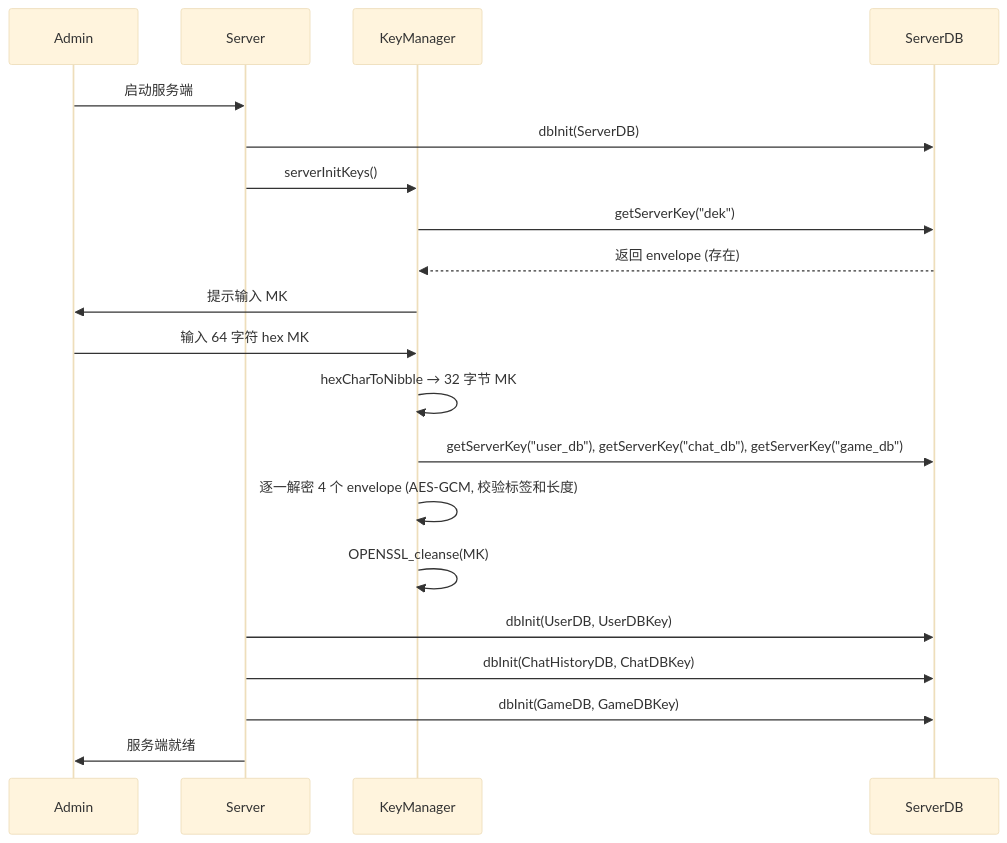
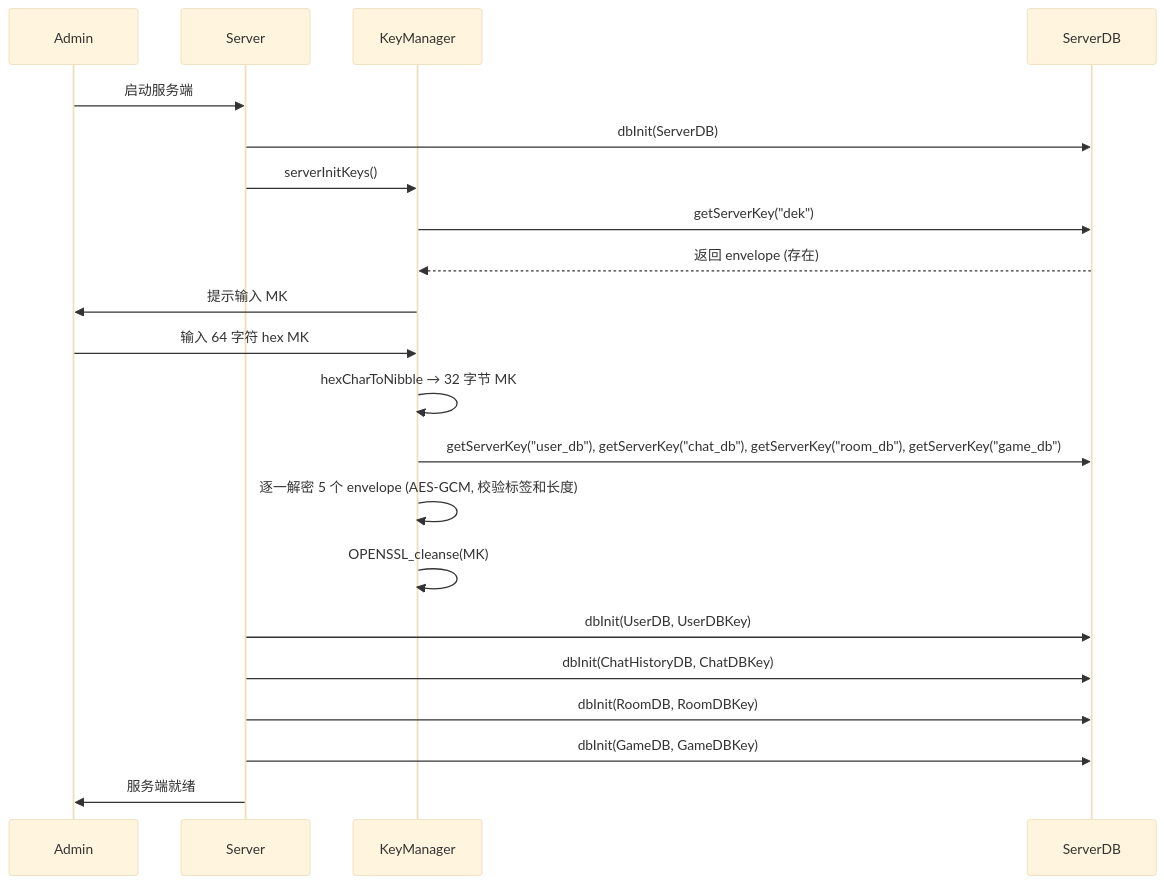
Diagram 23 of 26 in docs/API.md (WinstonMeursault/PacPlay), drawn with Mermaid (base theme) before and after one commit. The commit also changed other lines of this file and 29 other files, not shown here.

````diff
--- a/docs/API.md
+++ b/docs/API.md
@@ -1847,23 +2410,24 @@
 ```mermaid
 sequenceDiagram
     participant Admin
     participant S as Server
     participant K as KeyManager
     participant DB as ServerDB
 
     Admin->>S: 启动服务端
     S->>DB: dbInit(ServerDB)
     S->>K: serverInitKeys()
     K->>DB: getServerKey("dek")
     DB-->>K: 返回 envelope (存在)
     K->>Admin: 提示输入 MK
     Admin->>K: 输入 64 字符 hex MK
     K->>K: hexCharToNibble → 32 字节 MK
-    K->>DB: getServerKey("user_db"), getServerKey("chat_db"), getServerKey("game_db")
-    K->>K: 逐一解密 4 个 envelope (AES-GCM, 校验标签和长度)
+    K->>DB: getServerKey("user_db"), getServerKey("chat_db"), getServerKey("room_db"), getServerKey("game_db")
+    K->>K: 逐一解密 5 个 envelope (AES-GCM, 校验标签和长度)
     K->>K: OPENSSL_cleanse(MK)
     S->>DB: dbInit(UserDB, UserDBKey)
     S->>DB: dbInit(ChatHistoryDB, ChatDBKey)
+    S->>DB: dbInit(RoomDB, RoomDBKey)
     S->>DB: dbInit(GameDB, GameDBKey)
     S->>Admin: 服务端就绪
 ```
````
